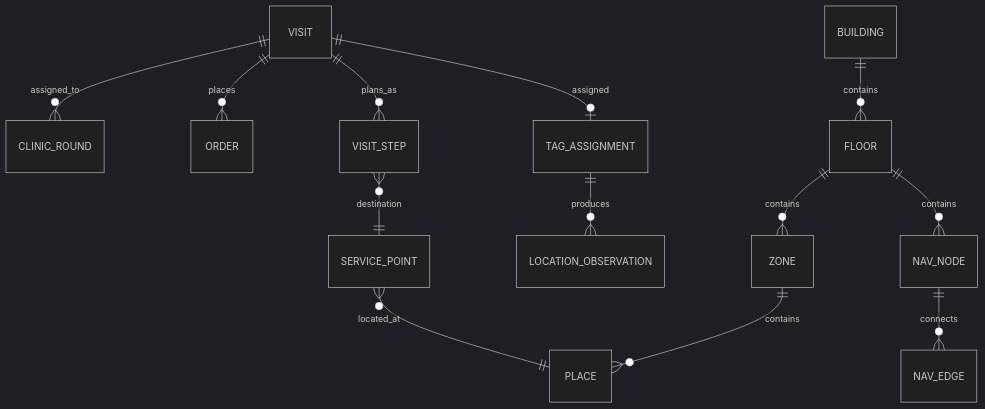
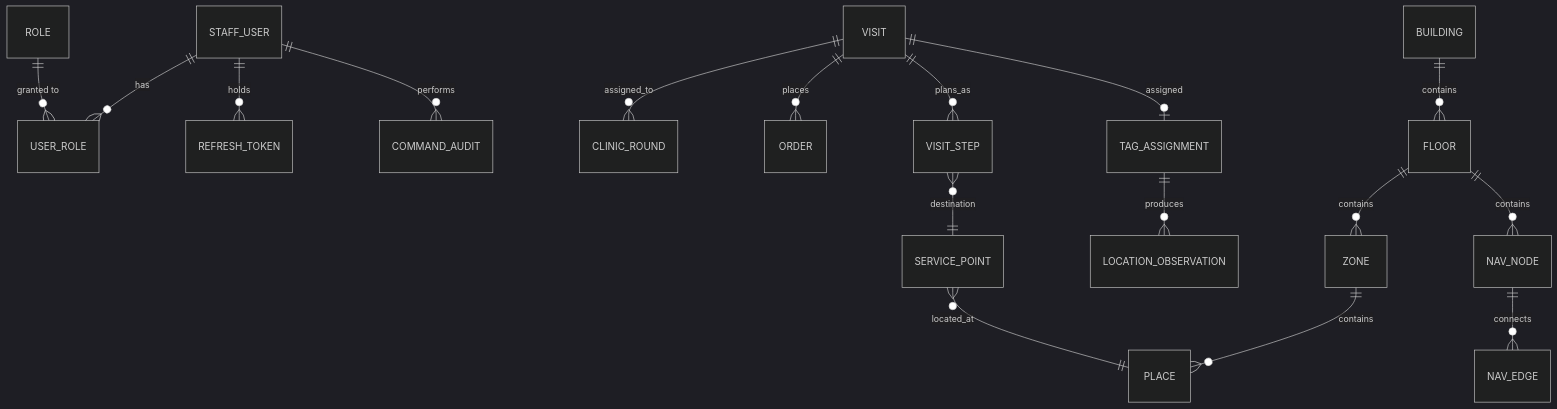
The diagram in docs/architecture/domain-model.md (somprasongd/carepath), drawn with Mermaid (dark theme) before and after one commit. The commit also changed other lines of this file and 24 other files, not shown here.

````diff
--- a/docs/architecture/domain-model.md
+++ b/docs/architecture/domain-model.md
@@ -43,15 +49,19 @@
 ```mermaid
 erDiagram
+    STAFF_USER ||--o{ USER_ROLE : has
+    ROLE ||--o{ USER_ROLE : "granted to"
+    STAFF_USER ||--o{ REFRESH_TOKEN : holds
+    STAFF_USER ||--o{ COMMAND_AUDIT : performs
     VISIT ||--o{ CLINIC_ROUND : assigned_to
     VISIT ||--o{ ORDER : places
     VISIT ||--o{ VISIT_STEP : plans_as
     VISIT_STEP }o--|| SERVICE_POINT : destination
     SERVICE_POINT }o--|| PLACE : located_at
     BUILDING ||--o{ FLOOR : contains
     FLOOR ||--o{ ZONE : contains
     ZONE ||--o{ PLACE : contains
     FLOOR ||--o{ NAV_NODE : contains
     NAV_NODE ||--o{ NAV_EDGE : connects
     VISIT ||--o| TAG_ASSIGNMENT : assigned
     TAG_ASSIGNMENT ||--o{ LOCATION_OBSERVATION : produces
 ```
````
